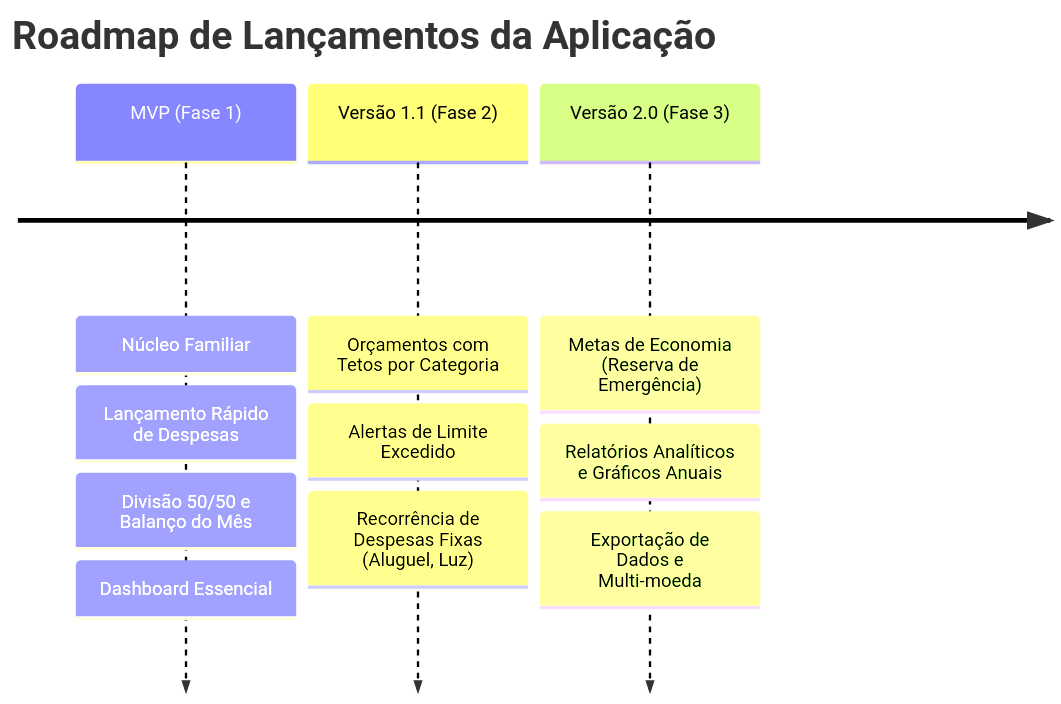
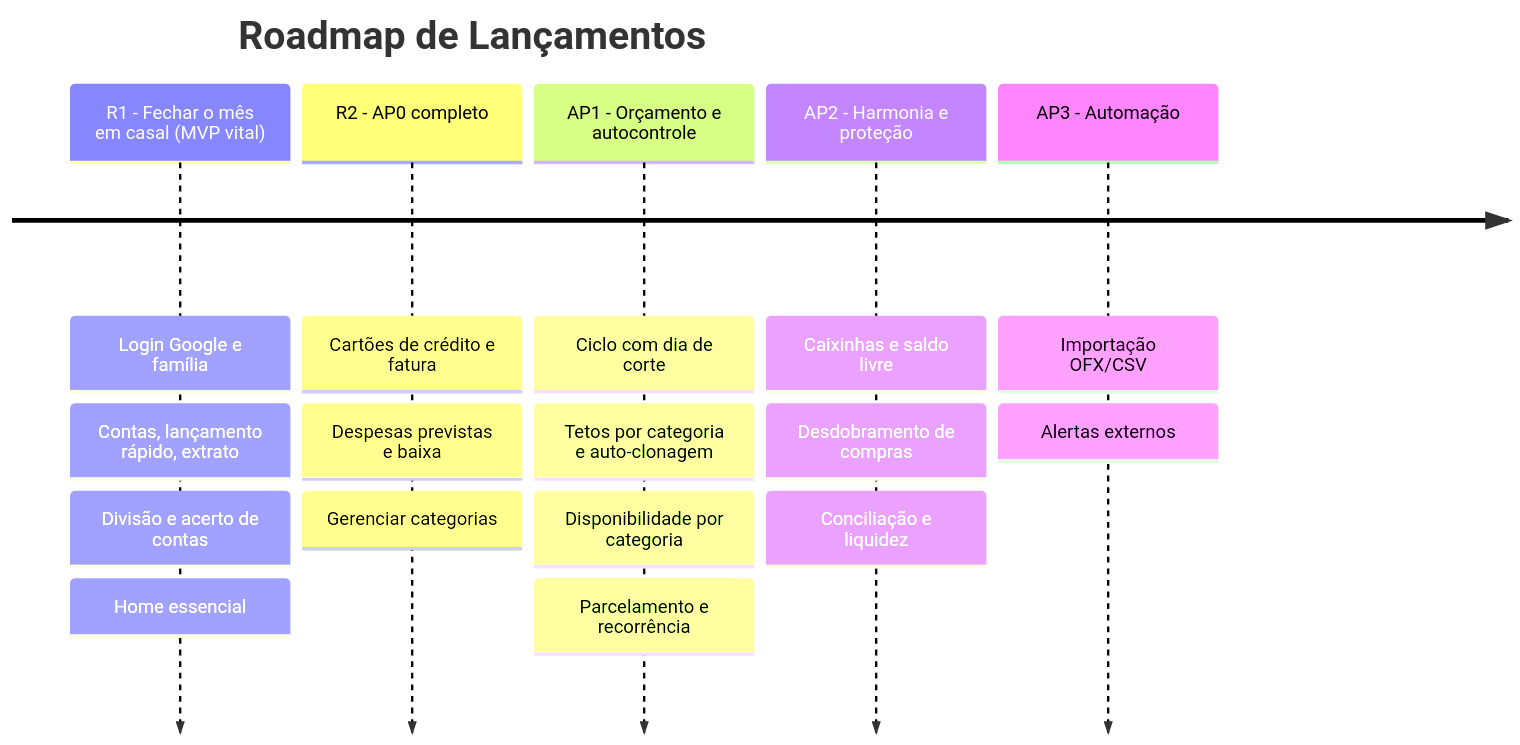
One commit to arlandantas/finance-manager changed the diagram in agents/product-owner/backlog/mvp-definition.md. Above: the diagram before and after it, drawn with Mermaid. The commit also changed other lines of this file, not shown here.

Commit message:
docs(product-owner): revisar MVP em duas releases (R1 fechar o mês, R2 AP0 completo)

````diff
--- a/agents/product-owner/backlog/mvp-definition.md
+++ b/agents/product-owner/backlog/mvp-definition.md
@@ -34,14 +50,20 @@
 ```mermaid
 timeline
-    title Roadmap de Lançamentos da Aplicação
-    MVP (Fase 1) : Núcleo Familiar
-                 : Lançamento Rápido de Despesas
-                 : Divisão 50/50 e Balanço do Mês
-                 : Dashboard Essencial
-    Versão 1.1 (Fase 2) : Orçamentos com Tetos por Categoria
-                        : Alertas de Limite Excedido
-                        : Recorrência de Despesas Fixas (Aluguel, Luz)
-    Versão 2.0 (Fase 3) : Metas de Economia (Reserva de Emergência)
-                        : Relatórios Analíticos e Gráficos Anuais
-                        : Exportação de Dados e Multi-moeda
+    title Roadmap de Lançamentos
+    R1 - Fechar o mês em casal (MVP vital) : Login Google e família
+                                           : Contas, lançamento rápido, extrato
+                                           : Divisão e acerto de contas
+                                           : Home essencial
+    R2 - AP0 completo : Cartões de crédito e fatura
+                      : Despesas previstas e baixa
+                      : Gerenciar categorias
+    AP1 - Orçamento e autocontrole : Ciclo com dia de corte
+                                   : Tetos por categoria e auto-clonagem
+                                   : Disponibilidade por categoria
+                                   : Parcelamento e recorrência
+    AP2 - Harmonia e proteção : Caixinhas e saldo livre
+                              : Desdobramento de compras
+                              : Conciliação e liquidez
+    AP3 - Automação : Importação OFX/CSV
+                    : Alertas externos
 ```
````
